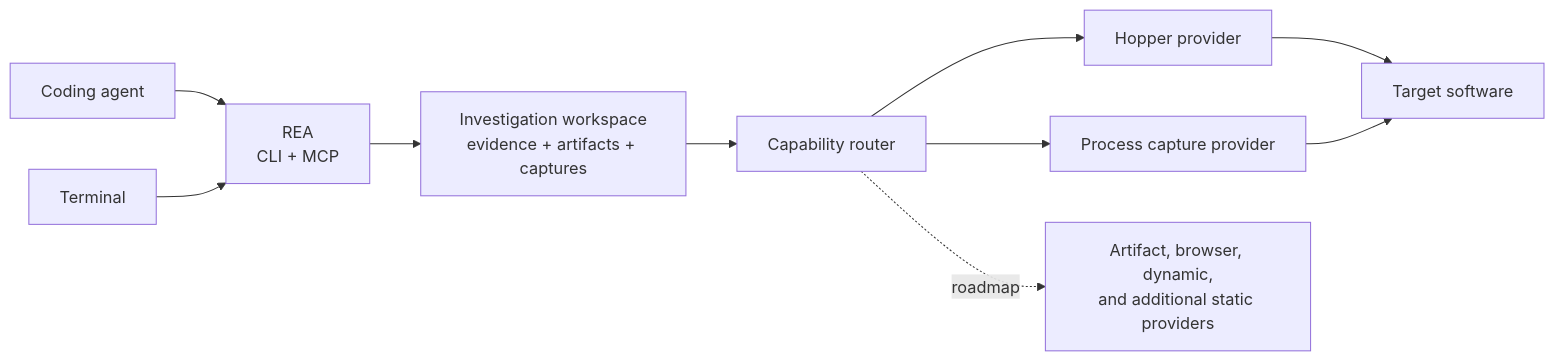
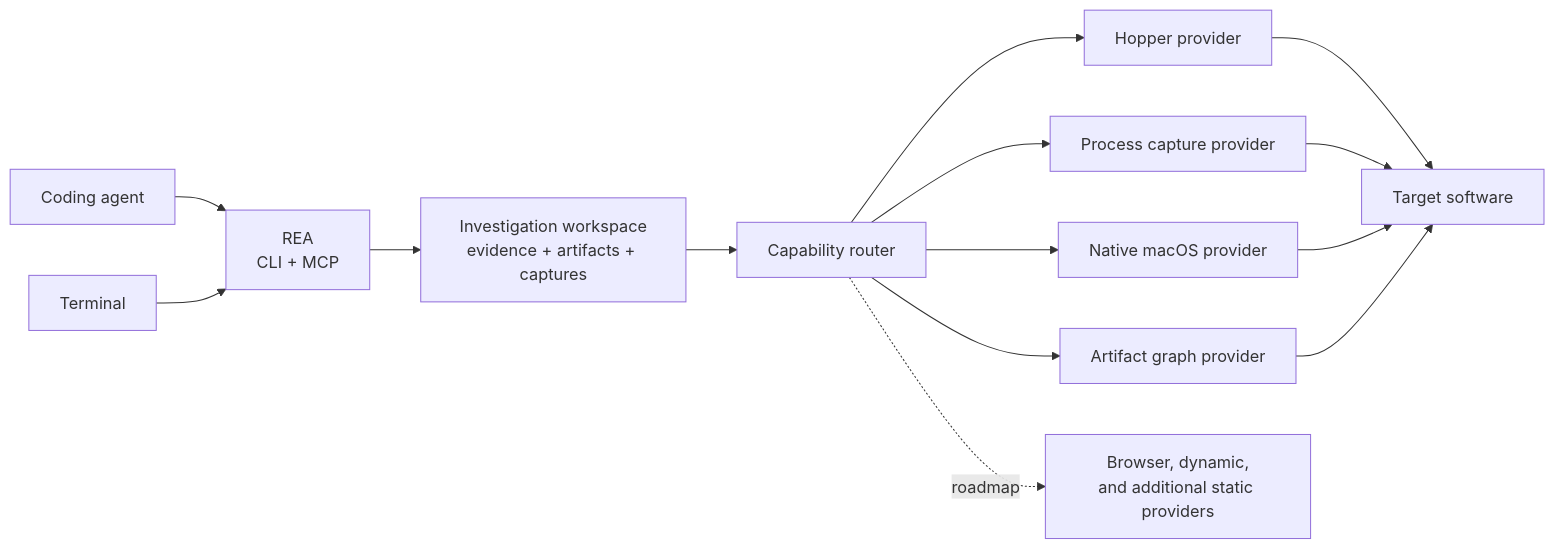
Before and after one commit to bryankwandou/rea: the diagram in README.md, drawn with Mermaid. The commit also changed other lines of this file and 4 other files, not shown here.

````diff
--- a/README.md
+++ b/README.md
@@ -211,12 +244,16 @@
 ```mermaid
 flowchart LR
     Agent["Coding agent"] --> REA["REA<br/>CLI + MCP"]
     Terminal --> REA
     REA --> Workspace["Investigation workspace<br/>evidence + artifacts + captures"]
     Workspace --> Router["Capability router"]
     Router --> Hopper["Hopper provider"]
+    Router --> Native["Native macOS provider"]
+    Router --> Artifact["Artifact graph provider"]
     Router --> Process["Process capture provider"]
-    Router -. roadmap .-> More["Artifact, browser, dynamic,<br/>and additional static providers"]
+    Router -. roadmap .-> More["Browser, dynamic,<br/>and additional static providers"]
     Hopper --> Target["Target software"]
     Process --> Target
+    Native --> Target
+    Artifact --> Target
 ```
````
